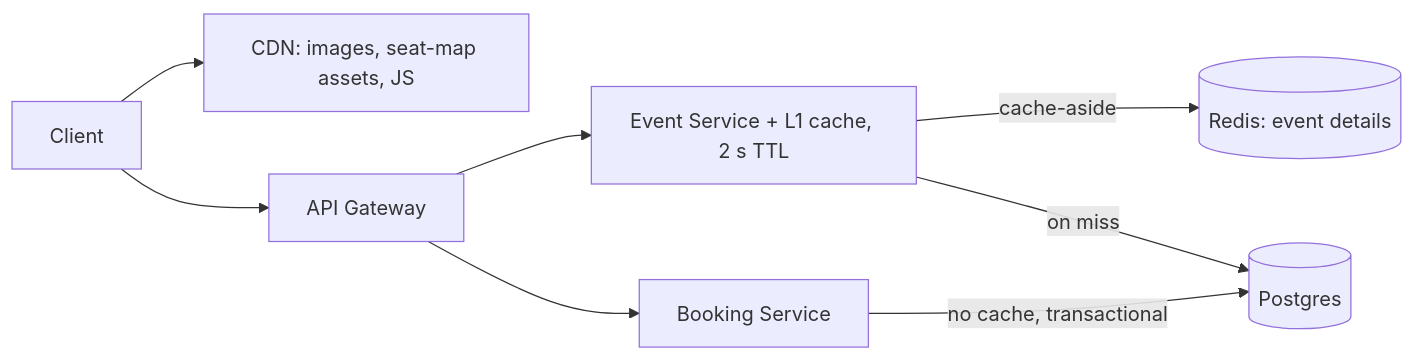
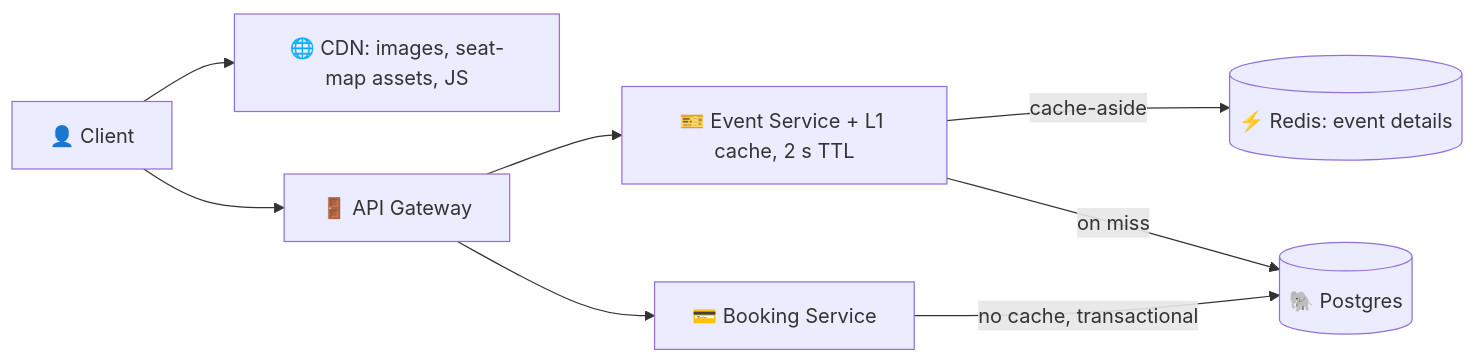
One commit to visheshkodwani/HLD changed diagram 13 of 13 in hello-interview/core-concepts/caching.md. Above: the diagram before and after it, drawn with Mermaid. The commit also changed other lines of this file and 7 other files, not shown here.

First line of the commit message:
Give HLD its own Ember theme, richer diagrams, sidebar sections

````diff
--- a/hello-interview/core-concepts/caching.md
+++ b/hello-interview/core-concepts/caching.md
@@ -599,10 +599,10 @@
 ```mermaid
 flowchart LR
-    U["Client"] --> CDN["CDN: images, seat-map assets, JS"]
-    U --> GW["API Gateway"]
-    GW --> ES["Event Service + L1 cache, 2 s TTL"]
-    ES -->|"cache-aside"| R[("Redis: event details")]
-    ES -->|"on miss"| PG[("Postgres")]
-    GW --> BS["Booking Service"]
+    U["👤 Client"] --> CDN["🌐 CDN: images, seat-map assets, JS"]
+    U --> GW["🚪 API Gateway"]
+    GW --> ES["🎫 Event Service + L1 cache, 2 s TTL"]
+    ES -->|"cache-aside"| R[("⚡ Redis: event details")]
+    ES -->|"on miss"| PG[("🐘 Postgres")]
+    GW --> BS["💳 Booking Service"]
     BS -->|"no cache, transactional"| PG
 ```
````
